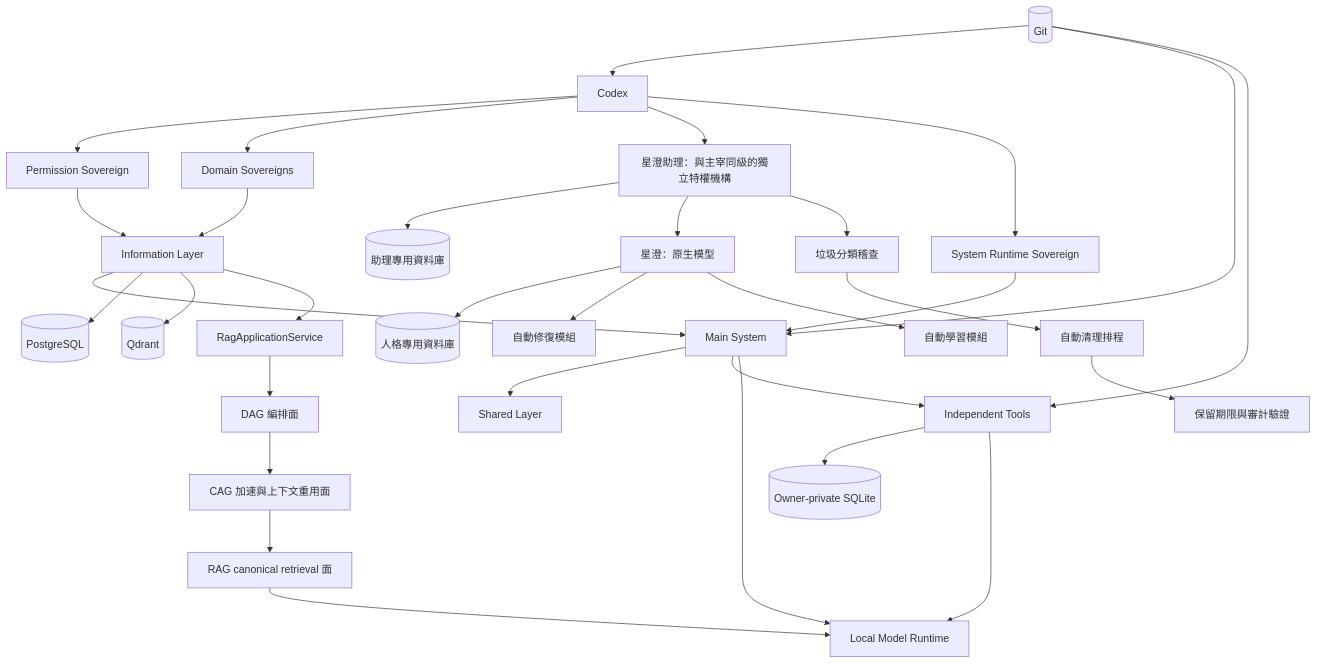
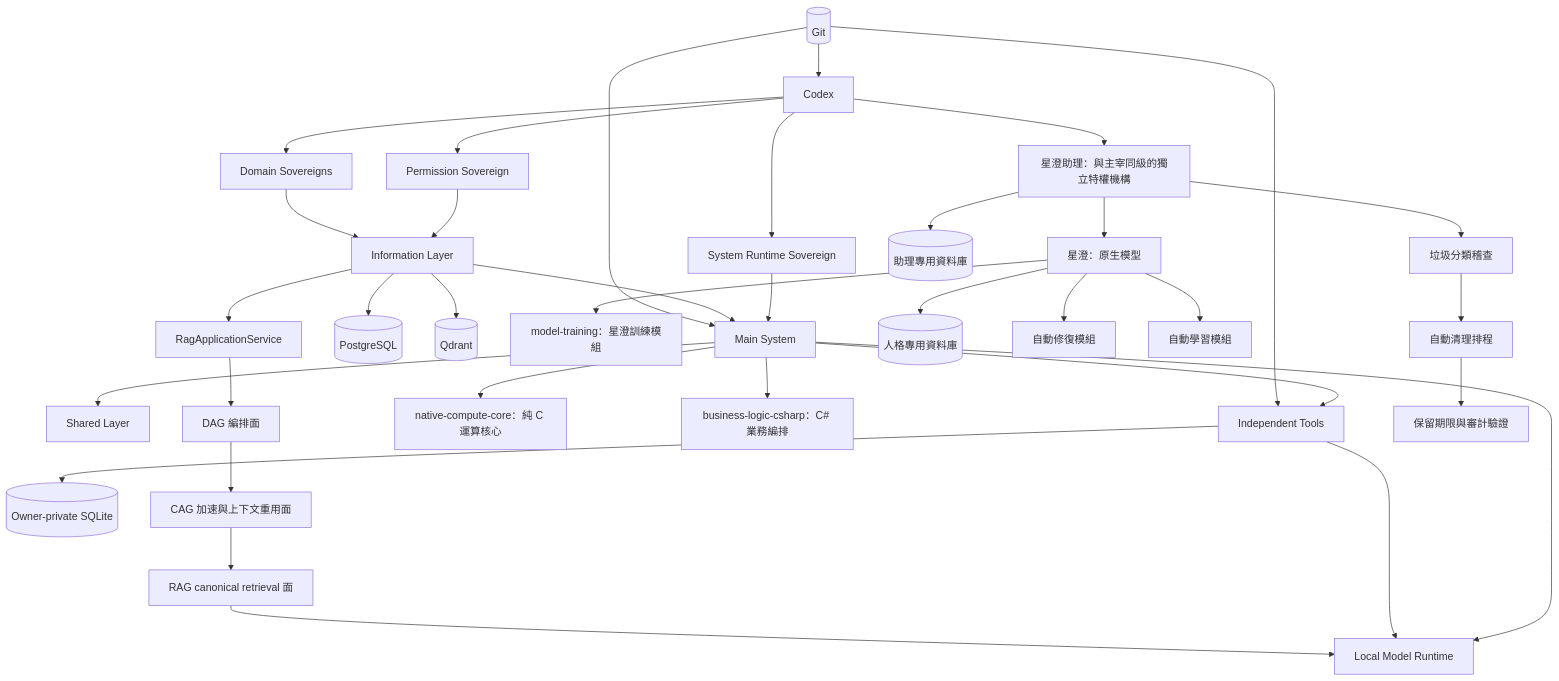
One commit to guilty442-source/GPTBridge changed the diagram in governance_rule/codex/architecture-project.md. Above: the diagram before and after it, drawn with Mermaid. The commit also changed other lines of this file and 8 other files, not shown here.

Commit message:
Codex: direct construction - 3 components registered (version 2026-09-20T17:19:04Z), zh-TW mirror regenerated, diagrams synced incl. unified RAG/DAG/CAG, audit PASS

````diff
--- a/governance_rule/codex/architecture-project.md
+++ b/governance_rule/codex/architecture-project.md
@@ -3,34 +3,37 @@
 ```mermaid
 flowchart TB
   C[Codex] --> P[Permission Sovereign]
   C --> D[Domain Sovereigns]
   C --> XA[星澄助理：與主宰同級的獨立特權機構]
   C --> R[System Runtime Sovereign]
   P --> I[Information Layer]
   D --> I
   R --> M[Main System]
   I --> M
   M --> S[Shared Layer]
   M --> T[Independent Tools]
   I --> PG[(PostgreSQL)]
   I --> Q[(Qdrant)]
   T --> SQ[(Owner-private SQLite)]
   G[(Git)] --> C
   G --> M
   G --> T
   M --> L[Local Model Runtime]
   T --> L
+  M --> NCC[native-compute-core：純 C 運算核心]
+  M --> BLC[business-logic-csharp：C# 業務編排]
+  XC --> MT[model-training：星澄訓練模組]
   I --> HAS[RagApplicationService]
   HAS --> HDAG[DAG 編排面]
   HDAG --> HCAG[CAG 加速與上下文重用面]
   HCAG --> HRAG[RAG canonical retrieval 面]
   HRAG --> L
   XA --> XAD[(助理專用資料庫)]
   XA --> XC[星澄：原生模型]
   XC --> XP[(人格專用資料庫)]
   XC --> AR[自動修復模組]
   XC --> AL[自動學習模組]
   XA --> GC[垃圾分類稽查]
   GC --> CS[自動清理排程]
   CS --> AU[保留期限與審計驗證]
 ```
````
